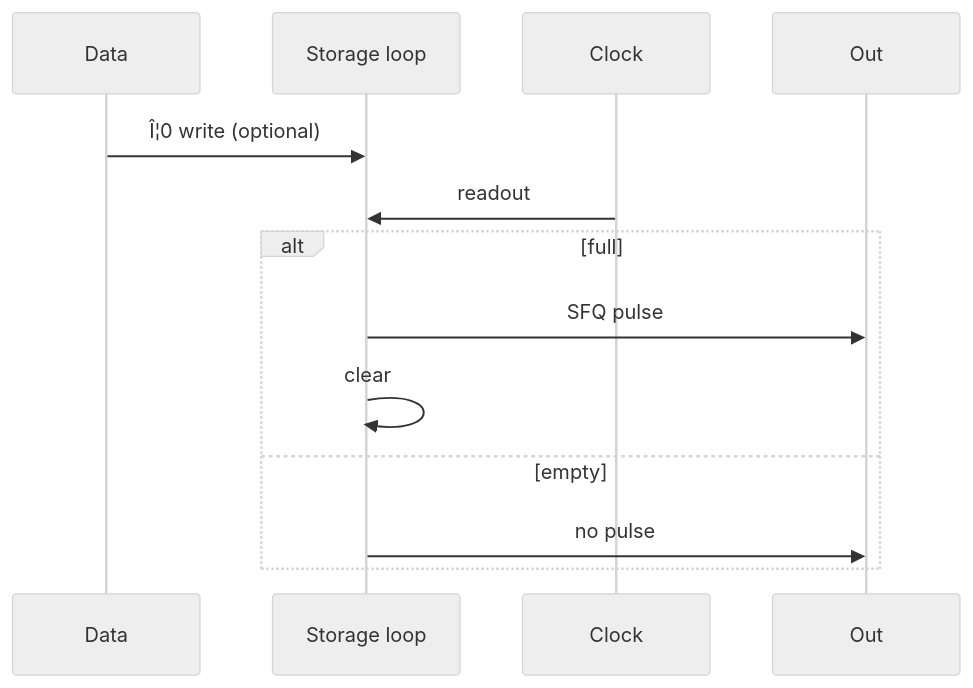
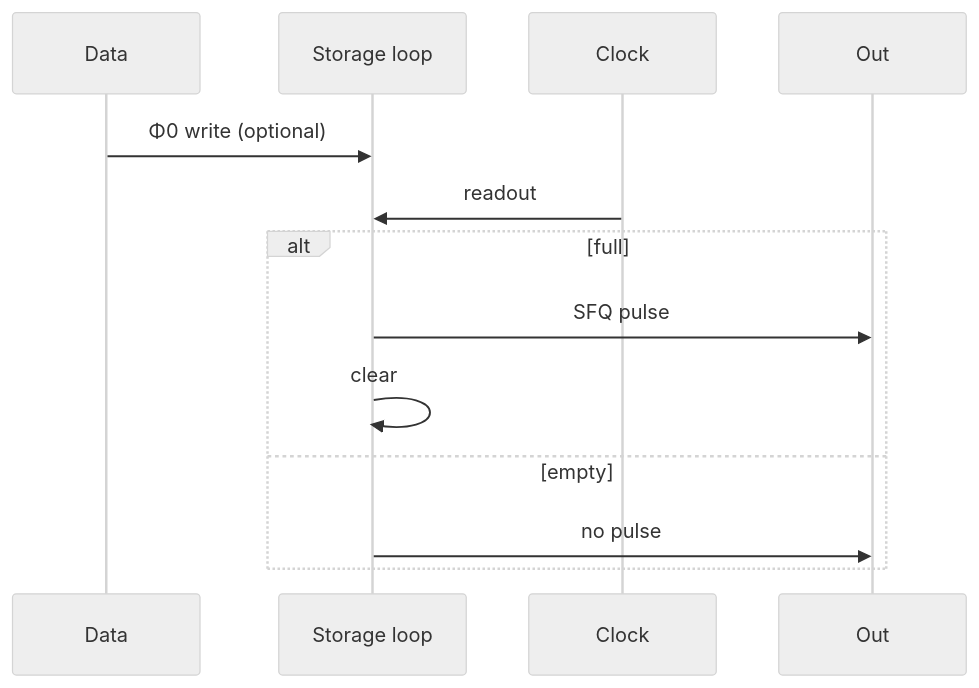
Before and after one commit to Single-Flux-Quantum/sfq-learn-public: the second of 2 diagrams in docs/concepts/rsfq-dff-and-retiming.md, drawn with Mermaid (neutral theme). The commit also changed other lines of this file and 39 other files, not shown here.

````diff
--- a/docs/concepts/rsfq-dff-and-retiming.md
+++ b/docs/concepts/rsfq-dff-and-retiming.md
@@ -73,15 +73,15 @@
 ```mermaid
 sequenceDiagram
   participant D as Data
   participant L as Storage loop
   participant K as Clock
   participant O as Out
-  D->>L: Î¦0 write (optional)
+  D->>L: Φ0 write (optional)
   K->>L: readout
   alt full
     L->>O: SFQ pulse
     L->>L: clear
   else empty
     L->>O: no pulse
   end
 ```
````
